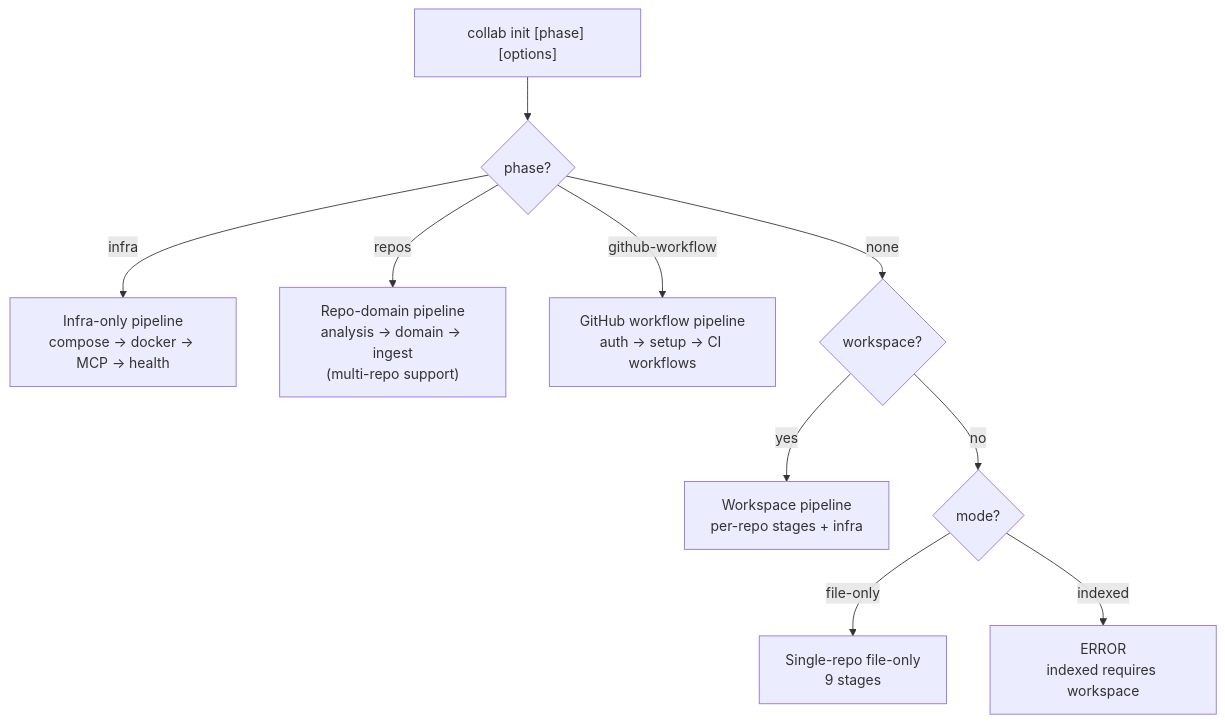
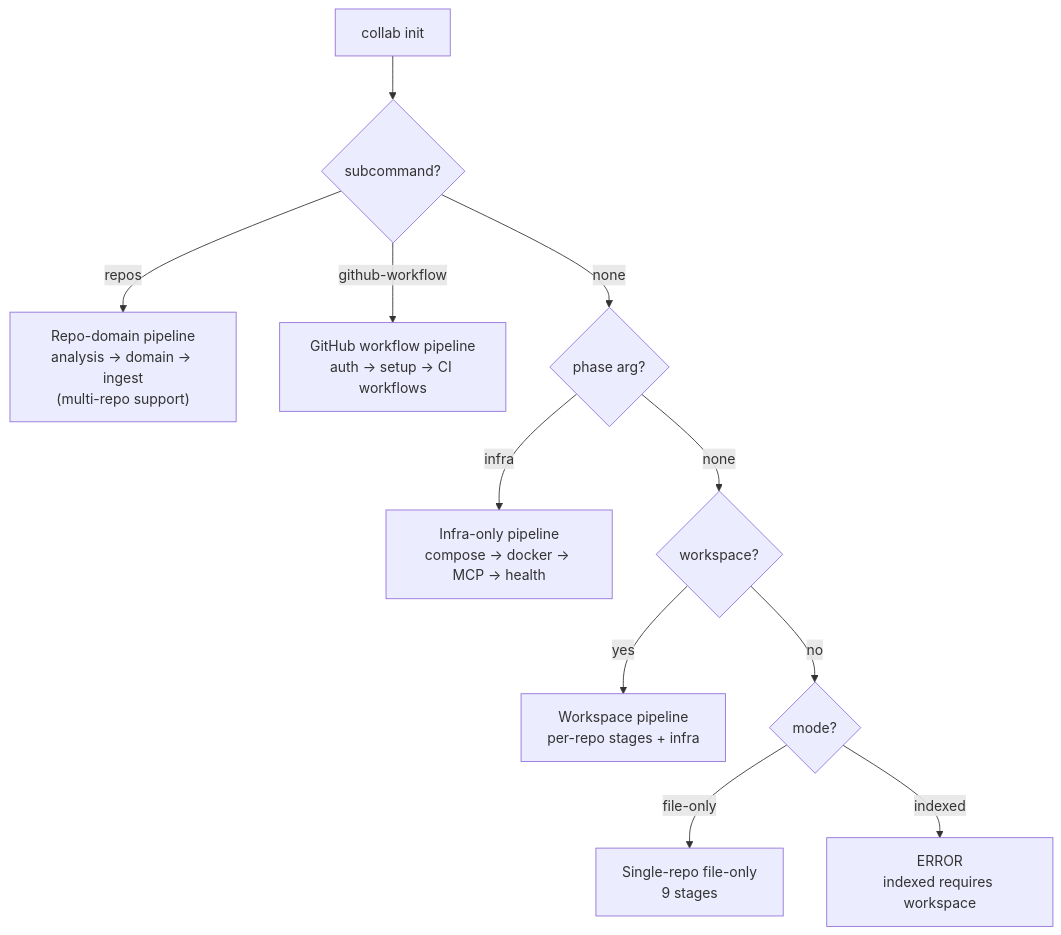
One commit to uxmaltech/collab-cli changed the second of 11 diagrams in README.md. Above: the diagram before and after it, drawn with Mermaid. The commit also changed 1 other file, not shown here.

Commit message:
fix: correct init routing diagram and strengthen test coverage
- Fix mermaid diagram to show repos and github-workflow as subcommands,
  not positional phase arguments
- Add regression test for --mode indexed override on file-only config
- Assert skip messages in --skip-github-setup and --skip-ci tests

````diff
--- a/README.md
+++ b/README.md
@@ -147,12 +147,13 @@
 ```mermaid
 flowchart TD
-    A["collab init [phase] [options]"] --> B{phase?}
-    B -->|"infra"| C["Infra-only pipeline<br>compose → docker → MCP → health"]
+    A["collab init"] --> B{subcommand?}
     B -->|"repos"| E["Repo-domain pipeline<br>analysis → domain → ingest<br>(multi-repo support)"]
     B -->|"github-workflow"| GW["GitHub workflow pipeline<br>auth → setup → CI workflows"]
-    B -->|none| F{workspace?}
+    B -->|none| C{"phase arg?"}
+    C -->|"infra"| D["Infra-only pipeline<br>compose → docker → MCP → health"]
+    C -->|none| F{workspace?}
     F -->|yes| G["Workspace pipeline<br>per-repo stages + infra"]
     F -->|no| H{mode?}
     H -->|"file-only"| I["Single-repo file-only<br>9 stages"]
     H -->|"indexed"| J["ERROR<br>indexed requires workspace"]
 ```
````
